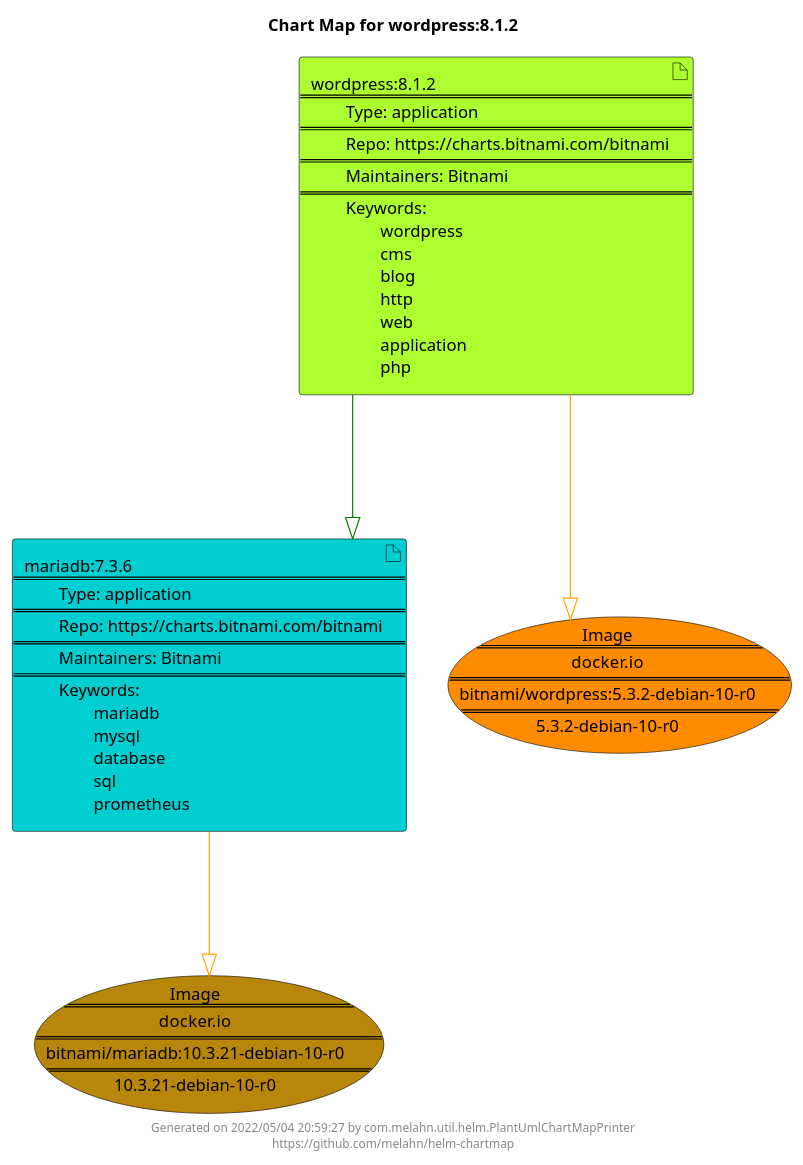
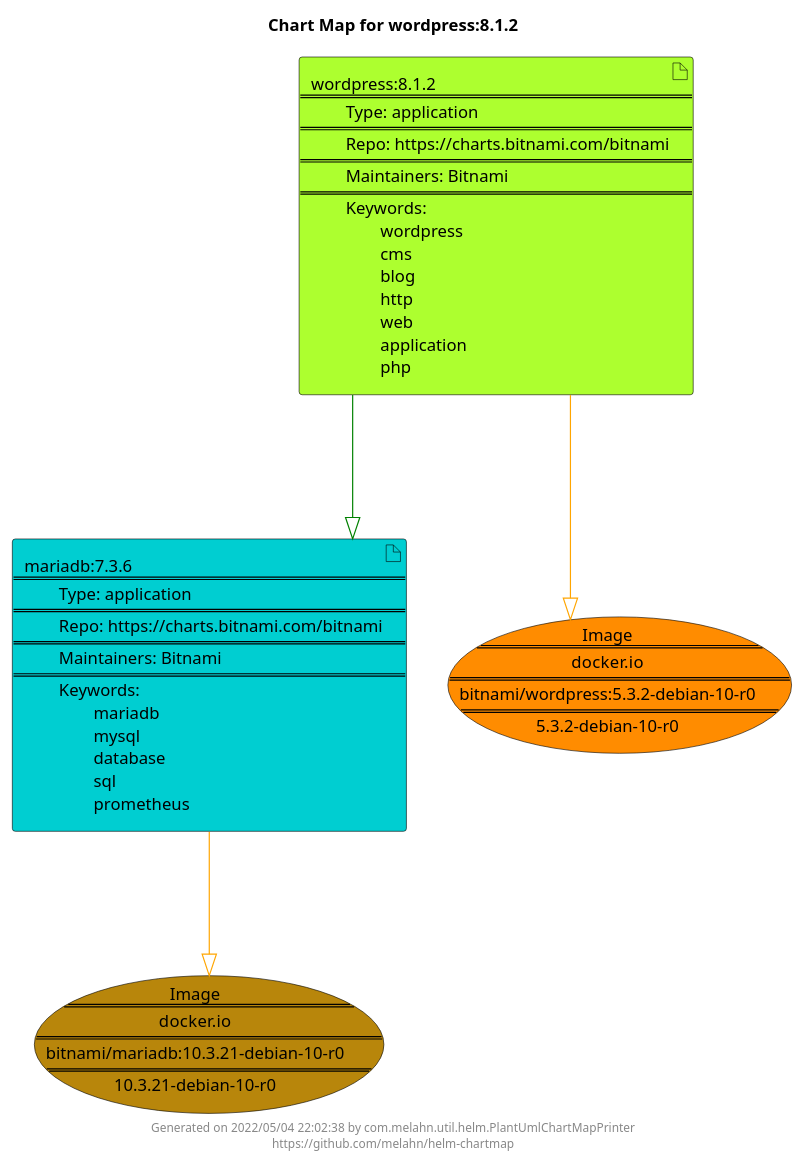
One commit to melahn/helm-chartmap changed the diagram in docs/wordpress/wordpress-8.1.2.puml. Above: the diagram before and after it, drawn with PlantUML. The commit also changed 63 other files, not shown here.

Commit message:
Update Example Chart Maps as part of GitHub build

```diff
--- a/docs/wordpress/wordpress-8.1.2.puml
+++ b/docs/wordpress/wordpress-8.1.2.puml
@@ -1,25 +1,25 @@
 @startuml
 skinparam linetype ortho
 skinparam backgroundColor white
 skinparam usecaseBorderColor black
 skinparam usecaseArrowColor LightSlateGray
 skinparam artifactBorderColor black
 skinparam artifactArrowColor LightSlateGray
 
 title Chart Map for wordpress:8.1.2
 
 'There are 2 referenced Helm Charts
 artifact "mariadb:7.3.6\n====\n\tType: application\n====\n\tRepo: https://charts.bitnami.com/bitnami\n====\n\tMaintainers: Bitnami\n====\n\tKeywords: \n\t\tmariadb\n\t\tmysql\n\t\tdatabase\n\t\tsql\n\t\tprometheus" as mariadb_7_3_6 #DarkTurquoise
 artifact "wordpress:8.1.2\n====\n\tType: application\n====\n\tRepo: https://charts.bitnami.com/bitnami\n====\n\tMaintainers: Bitnami\n====\n\tKeywords: \n\t\twordpress\n\t\tcms\n\t\tblog\n\t\thttp\n\t\tweb\n\t\tapplication\n\t\tphp" as wordpress_8_1_2 #GreenYellow
 
 'There are 2 referenced Docker Images
 usecase "Image\n====\ndocker.io\n====\nbitnami/mariadb:10.3.21-debian-10-r0\n====\n10.3.21-debian-10-r0" as docker_io_bitnami_mariadb_10_3_21_debian_10_r0 #DarkGoldenRod
 usecase "Image\n====\ndocker.io\n====\nbitnami/wordpress:5.3.2-debian-10-r0\n====\n5.3.2-debian-10-r0" as docker_io_bitnami_wordpress_5_3_2_debian_10_r0 #Darkorange
 
 'Chart Dependencies
 wordpress_8_1_2--[#green]-|>mariadb_7_3_6
 mariadb_7_3_6--[#orange]-|>docker_io_bitnami_mariadb_10_3_21_debian_10_r0
 wordpress_8_1_2--[#orange]-|>docker_io_bitnami_wordpress_5_3_2_debian_10_r0
 
-center footer Generated on 2022/05/04 20:59:27 by com.melahn.util.helm.PlantUmlChartMapPrinter\nhttps://github.com/melahn/helm-chartmap
+center footer Generated on 2022/05/04 22:02:38 by com.melahn.util.helm.PlantUmlChartMapPrinter\nhttps://github.com/melahn/helm-chartmap
 @enduml
```
